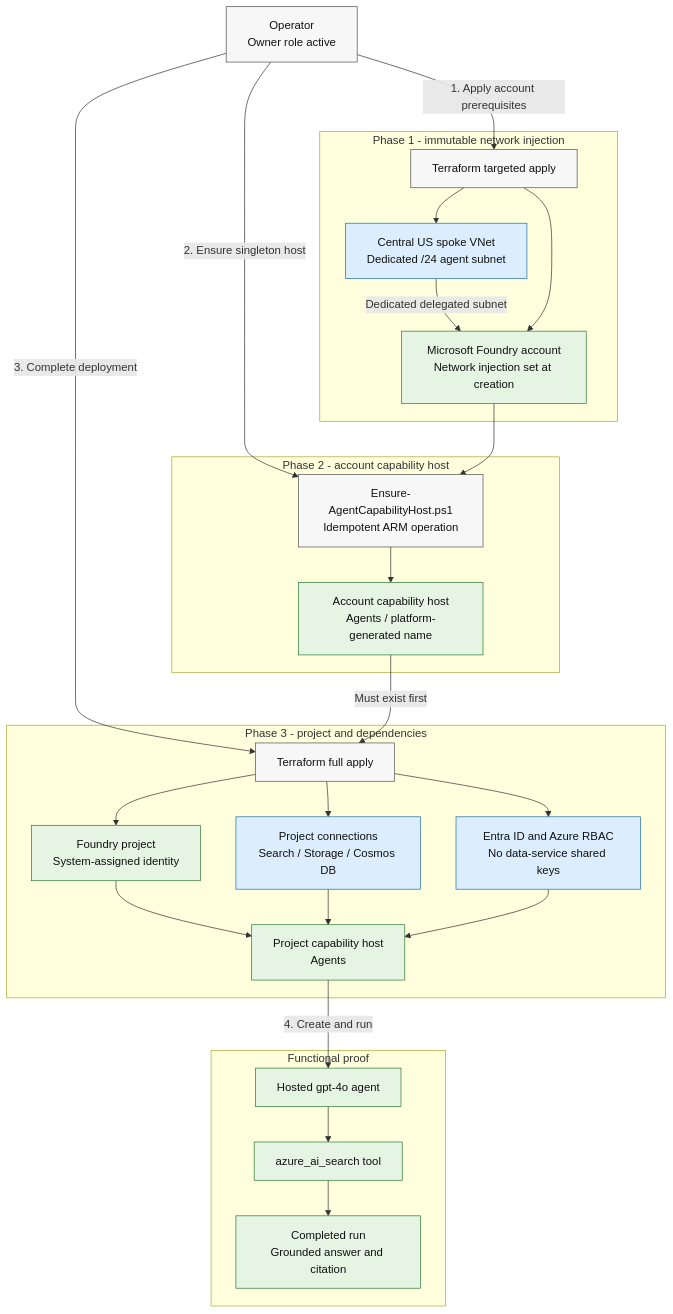
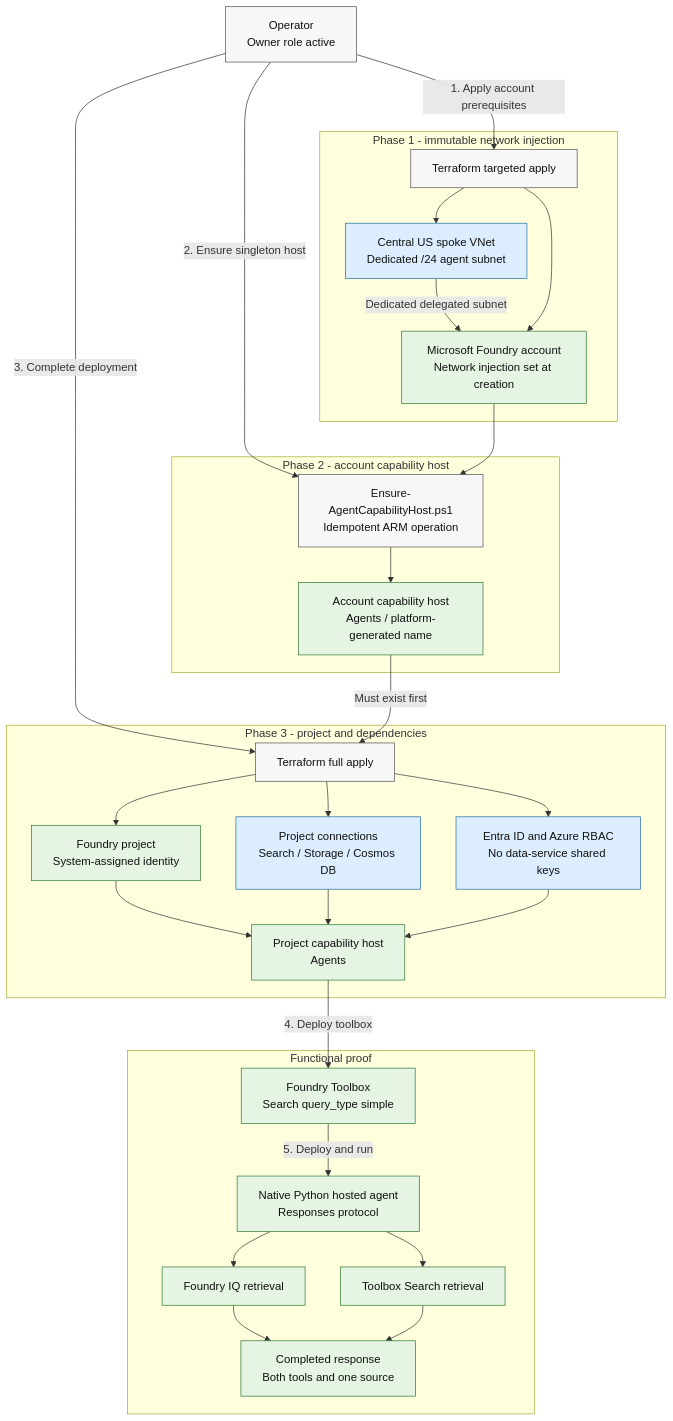
Before and after one commit to aionic/funwithfoundry: the diagram in docs/diagrams/capability-host-deployment-azure-architecture.mmd, drawn with Mermaid. The commit also changed 26 other files, not shown here.

Commit message:
Deploy native Foundry dual-retrieval agent

```diff
--- a/docs/diagrams/capability-host-deployment-azure-architecture.mmd
+++ b/docs/diagrams/capability-host-deployment-azure-architecture.mmd
@@ -1,53 +1,58 @@
 flowchart TB
     operator["Operator<br/>Owner role active"]
 
     subgraph phase_one["Phase 1 - immutable network injection"]
         terraform_target["Terraform targeted apply"]
         network["Central US spoke VNet<br/>Dedicated /24 agent subnet"]
         foundry_account["Microsoft Foundry account<br/>Network injection set at creation"]
     end
 
     subgraph account_host_phase["Phase 2 - account capability host"]
         ensure_script["Ensure-AgentCapabilityHost.ps1<br/>Idempotent ARM operation"]
         account_host["Account capability host<br/>Agents / platform-generated name"]
     end
 
     subgraph full_apply["Phase 3 - project and dependencies"]
         terraform_apply["Terraform full apply"]
         project["Foundry project<br/>System-assigned identity"]
         connections["Project connections<br/>Search / Storage / Cosmos DB"]
         rbac["Entra ID and Azure RBAC<br/>No data-service shared keys"]
         project_host["Project capability host<br/>Agents"]
     end
 
     subgraph proof["Functional proof"]
-        agent_test["Hosted gpt-4o agent"]
-        search_tool["azure_ai_search tool"]
-        grounded_answer["Completed run<br/>Grounded answer and citation"]
+        toolbox["Foundry Toolbox<br/>Search query_type simple"]
+        agent_test["Native Python hosted agent<br/>Responses protocol"]
+        iq_tool["Foundry IQ retrieval"]
+        search_tool["Toolbox Search retrieval"]
+        grounded_answer["Completed response<br/>Both tools and one source"]
     end
 
     operator -->|1. Apply account prerequisites| terraform_target
     terraform_target --> network
     network -->|Dedicated delegated subnet| foundry_account
     terraform_target --> foundry_account
     operator -->|2. Ensure singleton host| ensure_script
     foundry_account --> ensure_script
     ensure_script --> account_host
     operator -->|3. Complete deployment| terraform_apply
     account_host -->|Must exist first| terraform_apply
     terraform_apply --> project
     terraform_apply --> connections
     terraform_apply --> rbac
     project --> project_host
     connections --> project_host
     rbac --> project_host
-    project_host -->|4. Create and run| agent_test
+    project_host -->|4. Deploy toolbox| toolbox
+    toolbox -->|5. Deploy and run| agent_test
+    agent_test --> iq_tool
     agent_test --> search_tool
+    iq_tool --> grounded_answer
     search_tool --> grounded_answer
 
     classDef action fill:#f7f7f7,stroke:#555,color:#111
     classDef control fill:#dceefe,stroke:#2472a4,color:#111
     classDef resource fill:#e5f4e3,stroke:#327a37,color:#111
     class operator,terraform_target,ensure_script,terraform_apply action
     class network,connections,rbac control
-    class foundry_account,account_host,project,project_host,agent_test,search_tool,grounded_answer resource
+    class foundry_account,account_host,project,project_host,toolbox,agent_test,iq_tool,search_tool,grounded_answer resource
```
